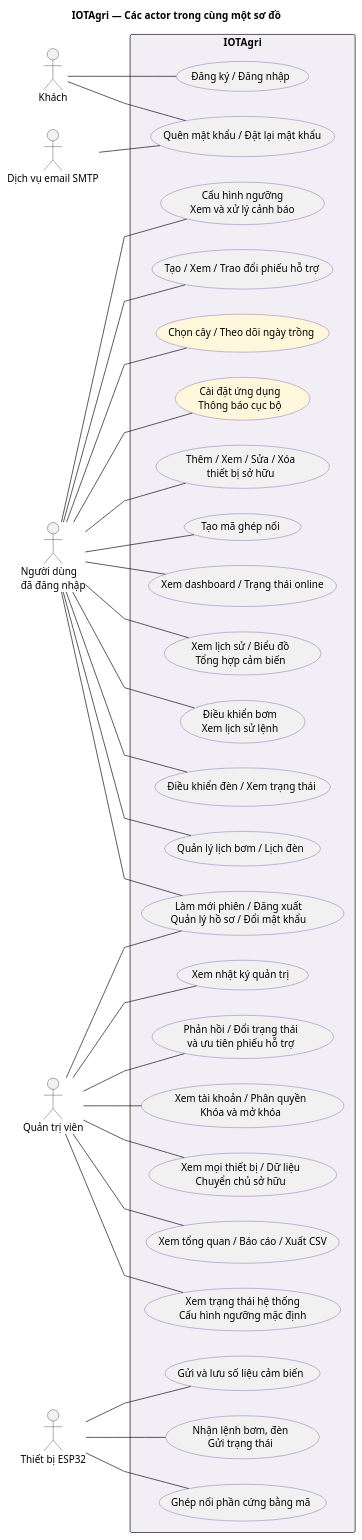
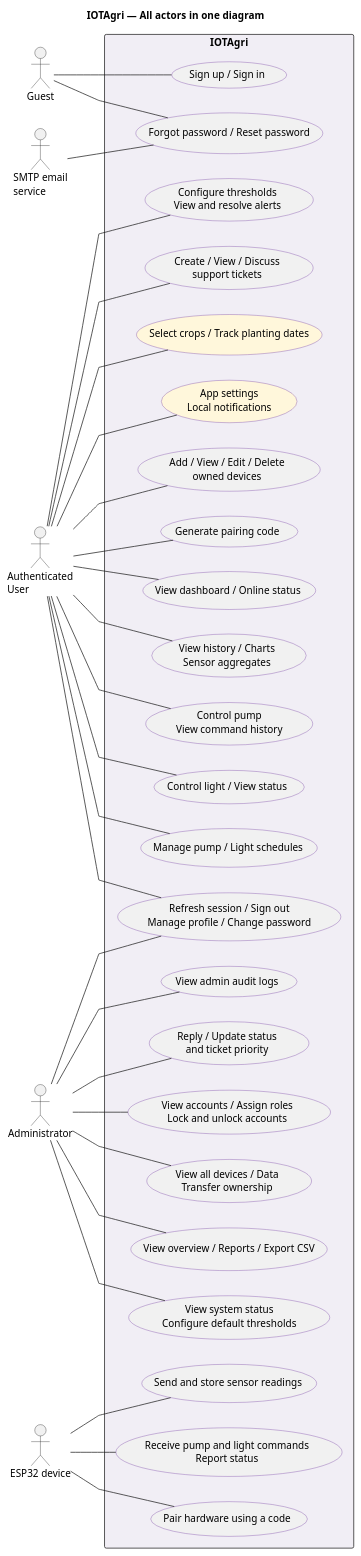
Before and after one commit to huuanh1411/IOTAgri: the diagram in docs/diagrams/use-case.puml, drawn with PlantUML. The commit also changed 13 other files, not shown here.

Commit message:
docs: translate all diagram labels to English

```diff
--- a/docs/diagrams/use-case.puml
+++ b/docs/diagrams/use-case.puml
@@ -1,66 +1,66 @@
 @startuml use-case
 left to right direction
 skinparam actorStyle stickman
 skinparam shadowing false
 skinparam linetype polyline
 skinparam usecaseBorderColor #7138A0
 skinparam rectangleBackgroundColor #F1EEF5
-title IOTAgri — Các actor trong cùng một sơ đồ
-actor "Khách" as Guest
-actor "Người dùng\nđã đăng nhập" as User
-actor "Quản trị viên" as Admin
-actor "Thiết bị ESP32" as ESP
-actor "Dịch vụ email SMTP" as SMTP
+title IOTAgri — All actors in one diagram
+actor "Guest" as Guest
+actor "Authenticated\nUser" as User
+actor "Administrator" as Admin
+actor "ESP32 device" as ESP
+actor "SMTP email\nservice" as SMTP
 
 rectangle "IOTAgri" {
-  usecase "Đăng ký / Đăng nhập" as GuestUC1
-  usecase "Quên mật khẩu / Đặt lại mật khẩu" as GuestUC2
-  usecase "Làm mới phiên / Đăng xuất\nQuản lý hồ sơ / Đổi mật khẩu" as UserUC1
-  usecase "Thêm / Xem / Sửa / Xóa\nthiết bị sở hữu" as UserUC2
-  usecase "Tạo mã ghép nối" as UserUC3
-  usecase "Xem dashboard / Trạng thái online" as UserUC4
-  usecase "Xem lịch sử / Biểu đồ\nTổng hợp cảm biến" as UserUC5
-  usecase "Điều khiển bơm\nXem lịch sử lệnh" as UserUC6
-  usecase "Điều khiển đèn / Xem trạng thái" as UserUC7
-  usecase "Quản lý lịch bơm / Lịch đèn" as UserUC8
-  usecase "Cấu hình ngưỡng\nXem và xử lý cảnh báo" as UserUC9
-  usecase "Tạo / Xem / Trao đổi phiếu hỗ trợ" as UserUC10
-  usecase "Chọn cây / Theo dõi ngày trồng" as UserUC11 #FFF7DB
-  usecase "Cài đặt ứng dụng\nThông báo cục bộ" as UserUC12 #FFF7DB
-  usecase "Xem tài khoản / Phân quyền\nKhóa và mở khóa" as AdminUC2
-  usecase "Xem mọi thiết bị / Dữ liệu\nChuyển chủ sở hữu" as AdminUC3
-  usecase "Xem tổng quan / Báo cáo / Xuất CSV" as AdminUC4
-  usecase "Xem trạng thái hệ thống\nCấu hình ngưỡng mặc định" as AdminUC5
-  usecase "Xem nhật ký quản trị" as AdminUC6
-  usecase "Phản hồi / Đổi trạng thái\nvà ưu tiên phiếu hỗ trợ" as AdminUC7
-  usecase "Ghép nối phần cứng bằng mã" as ESPUC1
-  usecase "Gửi và lưu số liệu cảm biến" as ESPUC2
-  usecase "Nhận lệnh bơm, đèn\nGửi trạng thái" as ESPUC3
+  usecase "Sign up / Sign in" as GuestUC1
+  usecase "Forgot password / Reset password" as GuestUC2
+  usecase "Refresh session / Sign out\nManage profile / Change password" as UserUC1
+  usecase "Add / View / Edit / Delete\nowned devices" as UserUC2
+  usecase "Generate pairing code" as UserUC3
+  usecase "View dashboard / Online status" as UserUC4
+  usecase "View history / Charts\nSensor aggregates" as UserUC5
+  usecase "Control pump\nView command history" as UserUC6
+  usecase "Control light / View status" as UserUC7
+  usecase "Manage pump / Light schedules" as UserUC8
+  usecase "Configure thresholds\nView and resolve alerts" as UserUC9
+  usecase "Create / View / Discuss\nsupport tickets" as UserUC10
+  usecase "Select crops / Track planting dates" as UserUC11 #FFF7DB
+  usecase "App settings\nLocal notifications" as UserUC12 #FFF7DB
+  usecase "View accounts / Assign roles\nLock and unlock accounts" as AdminUC2
+  usecase "View all devices / Data\nTransfer ownership" as AdminUC3
+  usecase "View overview / Reports / Export CSV" as AdminUC4
+  usecase "View system status\nConfigure default thresholds" as AdminUC5
+  usecase "View admin audit logs" as AdminUC6
+  usecase "Reply / Update status\nand ticket priority" as AdminUC7
+  usecase "Pair hardware using a code" as ESPUC1
+  usecase "Send and store sensor readings" as ESPUC2
+  usecase "Receive pump and light commands\nReport status" as ESPUC3
 }
 
 Guest -- GuestUC1
 Guest -- GuestUC2
 User -- UserUC1
 User -- UserUC2
 User -- UserUC3
 User -- UserUC4
 User -- UserUC5
 User -- UserUC6
 User -- UserUC7
 User -- UserUC8
 User -- UserUC9
 User -- UserUC10
 User -- UserUC11
 User -- UserUC12
 Admin -- UserUC1
 Admin -- AdminUC2
 Admin -- AdminUC3
 Admin -- AdminUC4
 Admin -- AdminUC5
 Admin -- AdminUC6
 Admin -- AdminUC7
 ESP -- ESPUC1
 ESP -- ESPUC2
 ESP -- ESPUC3
 SMTP -- GuestUC2
 @enduml
```
